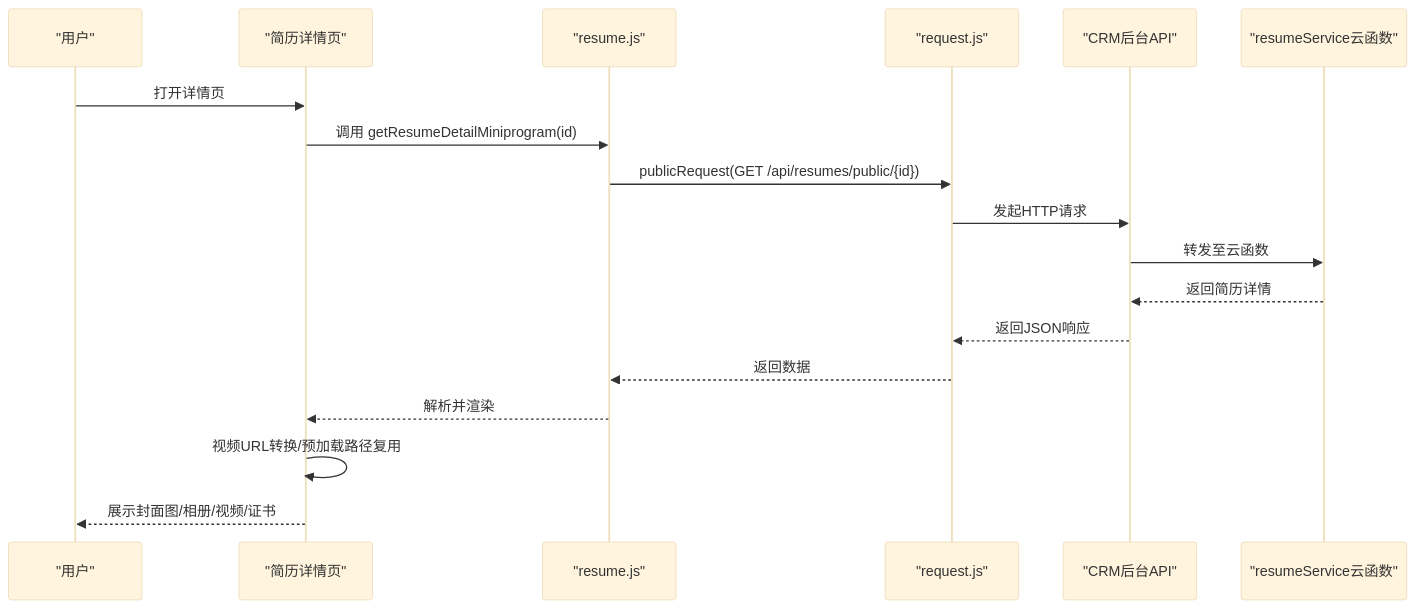
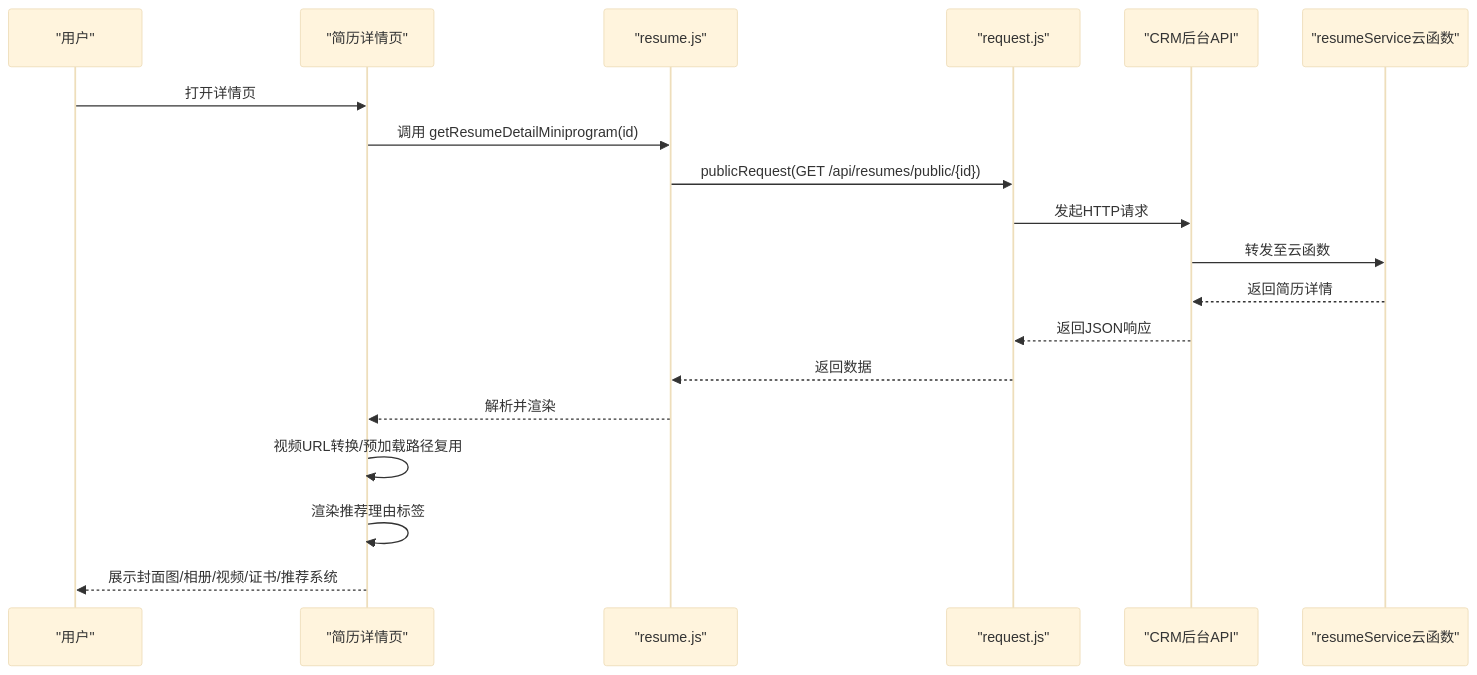
One commit to sunxuebo91/- changed the fourth of 7 diagrams in .qoder/repowiki/zh/content/核心功能/简历系统/简历系统.md. Above: the diagram before and after it, drawn with Mermaid (base theme). The commit also changed other lines of this file and 123 other files, not shown here.

````diff
--- a/.qoder/repowiki/zh/content/核心功能/简历系统/简历系统.md
+++ b/.qoder/repowiki/zh/content/核心功能/简历系统/简历系统.md
@@ -186,20 +223,21 @@
 ```mermaid
 sequenceDiagram
 participant U as "用户"
 participant D as "简历详情页"
 participant S as "resume.js"
 participant R as "request.js"
 participant API as "CRM后台API"
 participant CF as "resumeService云函数"
 U->>D : 打开详情页
 D->>S : 调用 getResumeDetailMiniprogram(id)
 S->>R : publicRequest(GET /api/resumes/public/{id})
 R->>API : 发起HTTP请求
 API->>CF : 转发至云函数
 CF-->>API : 返回简历详情
 API-->>R : 返回JSON响应
 R-->>S : 返回数据
 S-->>D : 解析并渲染
 D->>D : 视频URL转换/预加载路径复用
-D-->>U : 展示封面图/相册/视频/证书
+D->>D : 渲染推荐理由标签
+D-->>U : 展示封面图/相册/视频/证书/推荐系统
 ```
````
